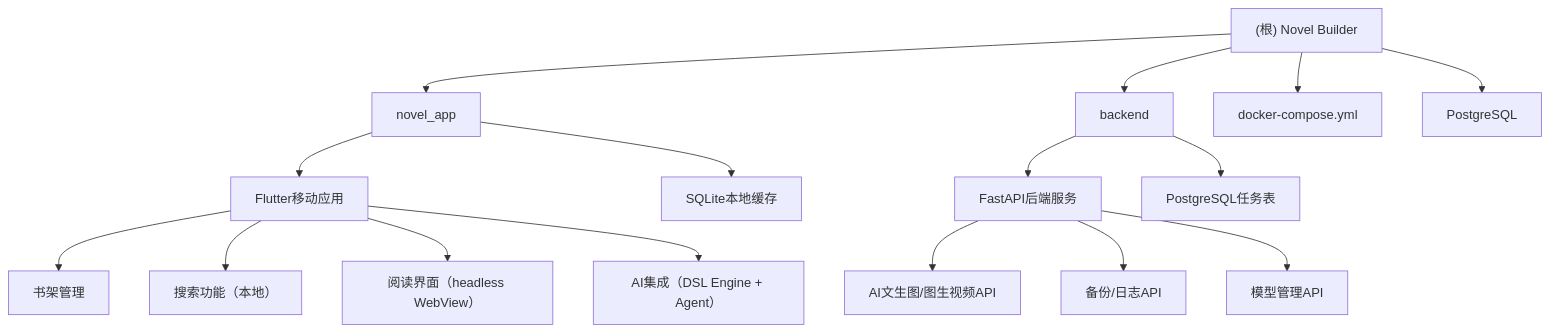
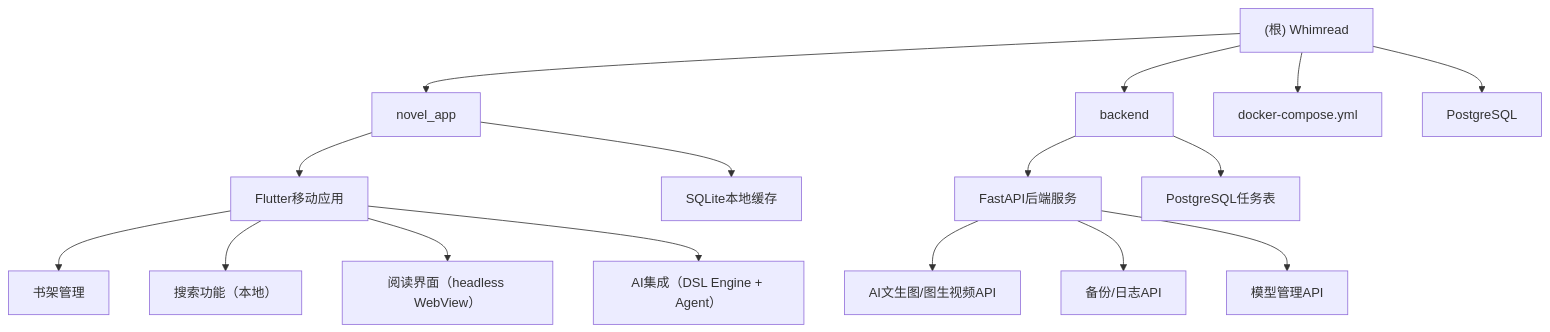
The diagram in AGENTS.md (yunkst/Whimread), drawn with Mermaid before and after one commit. The commit also changed other lines of this file and 32 other files, not shown here.

````diff
--- a/AGENTS.md
+++ b/AGENTS.md
@@ -26,25 +27,25 @@
 ```mermaid
 graph TD
-    A["(根) Novel Builder"] --> B["novel_app"];
+    A["(根) Whimread"] --> B["novel_app"];
     A --> C["backend"];
     A --> D["docker-compose.yml"];
     A --> E["PostgreSQL"];
 
     B --> F["Flutter移动应用"];
     B --> G["SQLite本地缓存"];
 
     C --> H["FastAPI后端服务"];
     C --> J["PostgreSQL任务表"];
 
     F --> K["书架管理"];
     F --> L["搜索功能（本地）"];
     F --> M["阅读界面（headless WebView）"];
     F --> N["AI集成（DSL Engine + Agent）"];
 
     H --> O["AI文生图/图生视频API"];
     H --> P["备份/日志API"];
     H --> Q["模型管理API"];
 
     click B "./novel_app/AGENTS.md" "查看 Flutter 移动应用模块"
     click C "./backend/AGENTS.md" "查看 Python 后端模块"
 ```
````
